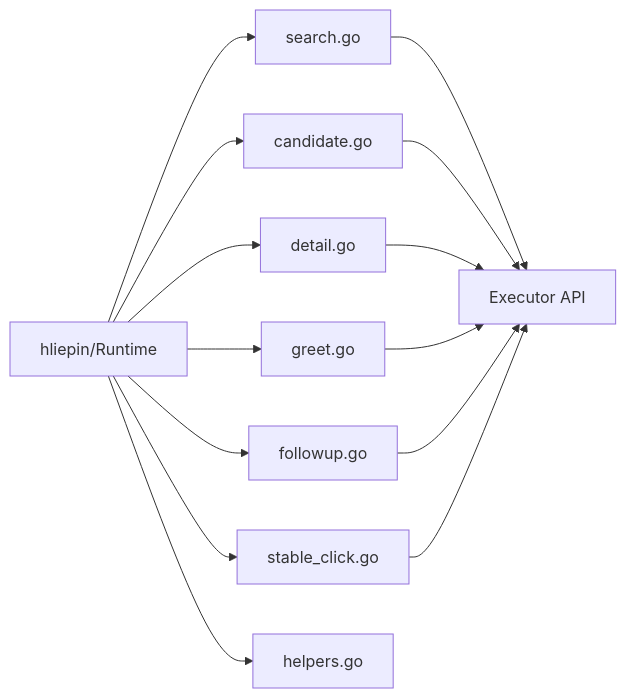
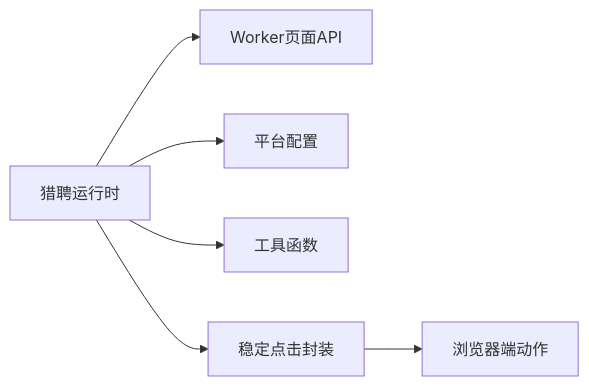
One commit to alvinwangzi/goodhr changed the tenth of 10 diagrams in .qoder/repowiki/zh/content/系统架构/本地Agent架构/平台适配器系统/猎聘适配器.md. Above: the diagram before and after it, drawn with Mermaid. The commit also changed other lines of this file and 149 other files, not shown here.

````diff
--- a/.qoder/repowiki/zh/content/系统架构/本地Agent架构/平台适配器系统/猎聘适配器.md
+++ b/.qoder/repowiki/zh/content/系统架构/本地Agent架构/平台适配器系统/猎聘适配器.md
@@ -353,16 +438,8 @@
 ```mermaid
 graph LR
-Runtime["hliepin/Runtime"] --> Search["search.go"]
-Runtime --> Candidate["candidate.go"]
-Runtime --> Detail["detail.go"]
-Runtime --> Greet["greet.go"]
-Runtime --> Followup["followup.go"]
-Runtime --> Stable["stable_click.go"]
-Runtime --> Helpers["helpers.go"]
-Search --> Executors["Executor API"]
-Candidate --> Executors
-Detail --> Executors
-Greet --> Executors
-Followup --> Executors
-Stable --> Executors
+Runtime["猎聘运行时"] --> WorkerAPI["Worker页面API"]
+Runtime --> Config["平台配置"]
+Runtime --> Helpers["工具函数"]
+Runtime --> StableClick["稳定点击封装"]
+StableClick --> BrowserAction["浏览器端动作"]
 ```
````
